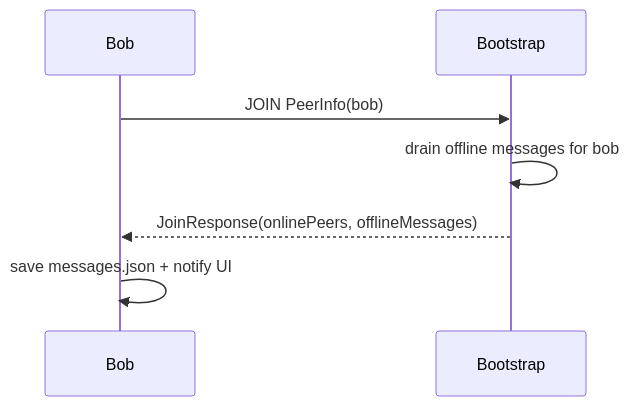
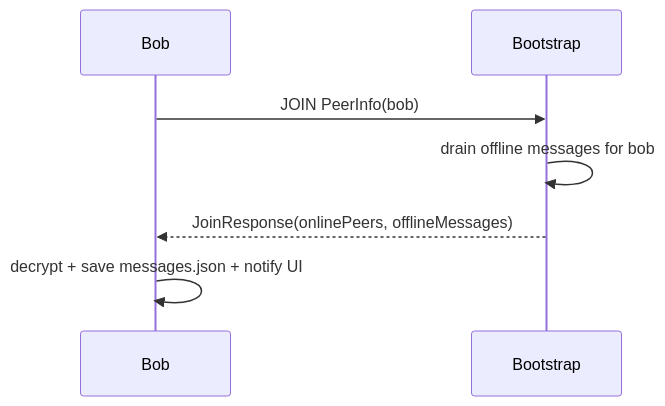
Before and after one commit to dungcony/p2p: the fourth of 6 diagrams in docs/nop-bai/03_giao_thuc_trao_doi_thong_diep.md, drawn with Mermaid. The commit also changed other lines of this file and 14 other files, not shown here.

````diff
--- a/docs/nop-bai/03_giao_thuc_trao_doi_thong_diep.md
+++ b/docs/nop-bai/03_giao_thuc_trao_doi_thong_diep.md
@@ -176,9 +254,9 @@
 ```mermaid
 sequenceDiagram
     participant B as Bob
     participant BS as Bootstrap
     B->>BS: JOIN PeerInfo(bob)
     BS->>BS: drain offline messages for bob
     BS-->>B: JoinResponse(onlinePeers, offlineMessages)
-    B->>B: save messages.json + notify UI
+    B->>B: decrypt + save messages.json + notify UI
 ```
````
